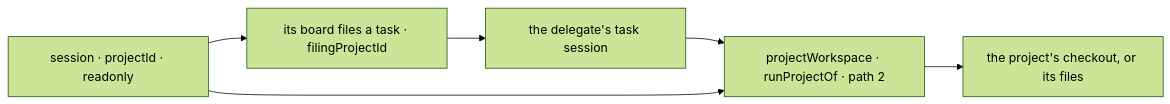
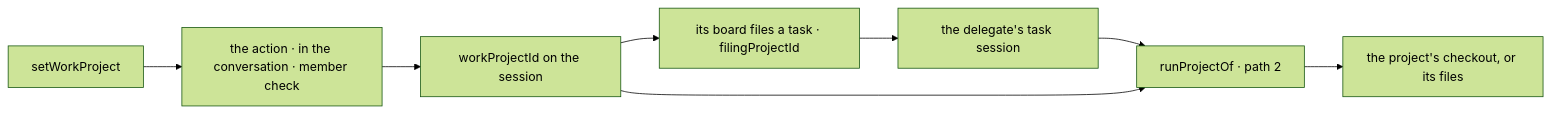
The third of 3 diagrams in specs/issues/FIX-2161/SPEC.md (fixpoint-labs/flow-state-dev), drawn with Mermaid (forest theme) before and after one commit. The commit also changed other lines of this file and 3 other files, not shown here.

````diff
--- a/specs/issues/FIX-2161/SPEC.md
+++ b/specs/issues/FIX-2161/SPEC.md
@@ -87,8 +89,10 @@
 ```mermaid
 flowchart LR
-  S["session · projectId · readonly"] --> B["its board files a task · filingProjectId"]
+  C["setWorkProject"] --> W["the action · in the conversation · member check"]
+  W --> S["workProjectId on the session"]
+  S --> B["its board files a task · filingProjectId"]
   B --> T["the delegate's task session"]
-  T --> W["projectWorkspace · runProjectOf · path 2"]
-  S --> W
-  W --> K["the project's checkout, or its files"]
+  T --> R["runProjectOf · path 2"]
+  S --> R
+  R --> K["the project's checkout, or its files"]
 ```
````
